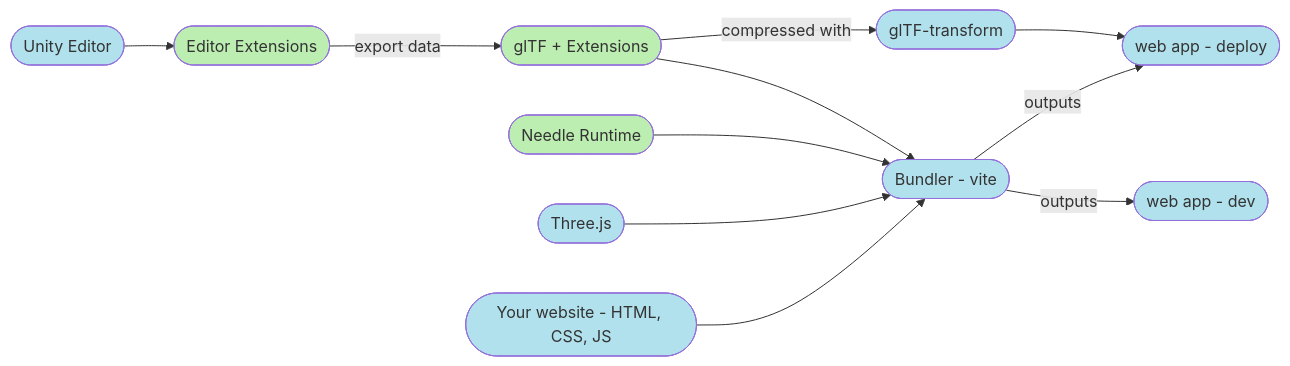
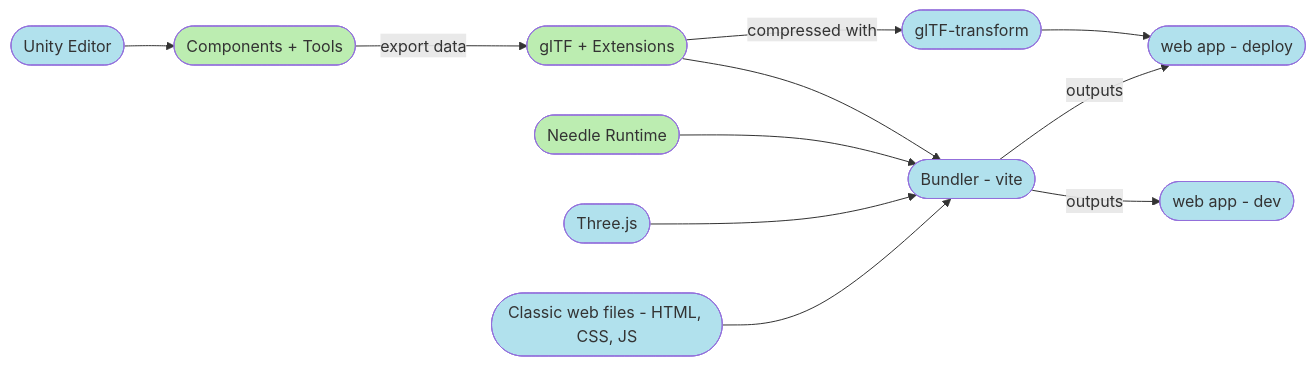
One commit to needle-tools/needle-engine-support changed the diagram in documentation/technical-overview.md. Above: the diagram before and after it, drawn with Mermaid.

````diff
--- a/documentation/technical-overview.md
+++ b/documentation/technical-overview.md
@@ -15,16 +15,16 @@
 ```mermaid
 flowchart LR
     classDef ndl fill:#BCEDB1;
     classDef ext fill:#B1E1ED;
-    Editor([Unity Editor]) --> EditorExt([Editor Extensions])
+    Editor([Unity Editor]) --> EditorExt([Components + Tools])
     EditorExt -- export data --> glTF([glTF + Extensions])
     glTF --> Bundler([Bundler - vite])
     Runtime([Needle Runtime]) --> Bundler
     Three([Three.js]) --> Bundler
-    YourWebsite([Your website - HTML, CSS, JS]) --> Bundler
+    YourWebsite([Classic web files - HTML, CSS, JS]) --> Bundler
     Bundler -- outputs --> DevPage([web app - dev])
     Bundler -- outputs --> DeploymentPage([web app - deploy])
     glTF -- compressed with --> gltfTransform([glTF-transform]) --> DeploymentPage
     class EditorExt,glTF,Runtime ndl;
     class Editor,Three,Bundler,Page,gltfTransform,DeploymentPage,DevPage,YourWebsite ext;
 ```
````
